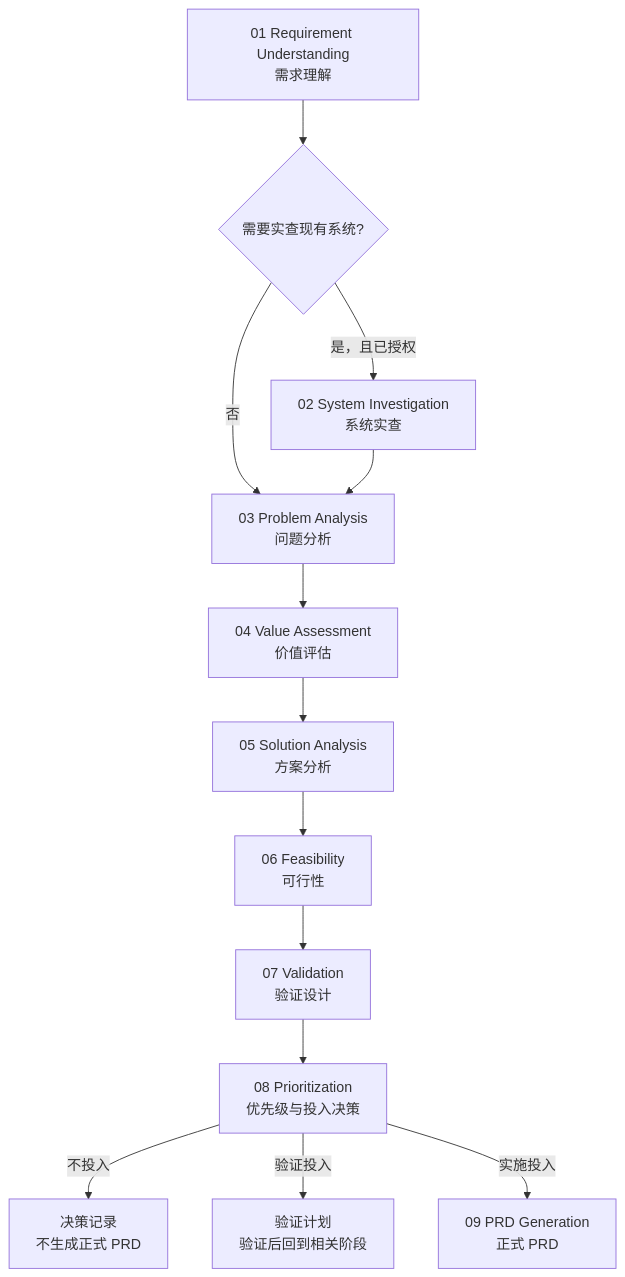
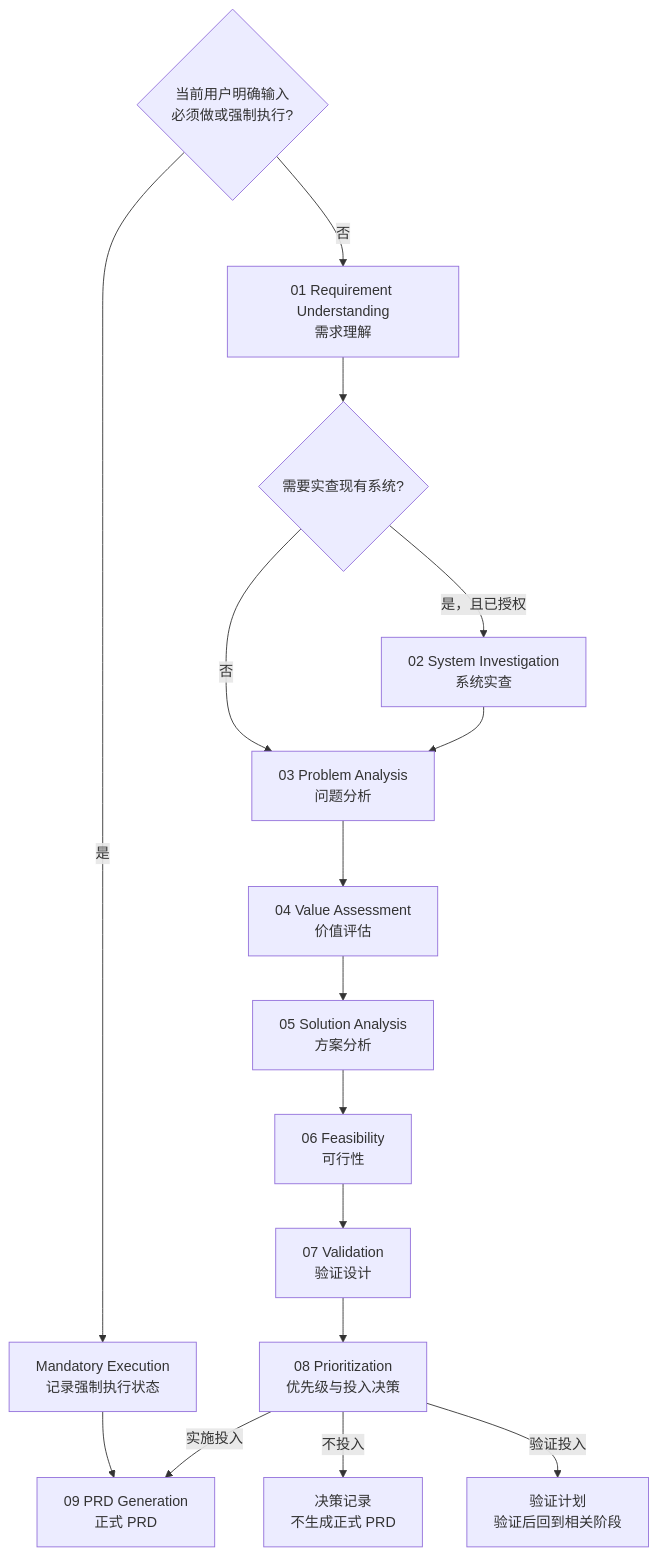
Before and after one commit to sakura1412/read-her-heart: the diagram in README.md, drawn with Mermaid. The commit also changed other lines of this file and 5 other files, not shown here.

Commit message:
Add mandatory PRD execution mode

````diff
--- a/README.md
+++ b/README.md
@@ -56,15 +56,19 @@
 ```mermaid
 flowchart TD
-    A[01 Requirement Understanding<br/>需求理解] --> B{需要实查现有系统?}
+    M{当前用户明确输入<br/>必须做或强制执行?}
+    M -->|是| X[Mandatory Execution<br/>记录强制执行状态]
+    X --> L[09 PRD Generation<br/>直接生成 PRD]
+    M -->|否| A[01 Requirement Understanding<br/>需求理解]
+    A --> B{需要实查现有系统?}
     B -->|是，且已授权| C[02 System Investigation<br/>系统实查]
     B -->|否| D[03 Problem Analysis<br/>问题分析]
     C --> D
     D --> E[04 Value Assessment<br/>价值评估]
     E --> F[05 Solution Analysis<br/>方案分析]
     F --> G[06 Feasibility<br/>可行性]
     G --> H[07 Validation<br/>验证设计]
     H --> I[08 Prioritization<br/>优先级与投入决策]
     I -->|不投入| J[决策记录<br/>不生成正式 PRD]
     I -->|验证投入| K[验证计划<br/>验证后回到相关阶段]
     I -->|实施投入| L[09 PRD Generation<br/>正式 PRD]
 ```
````
